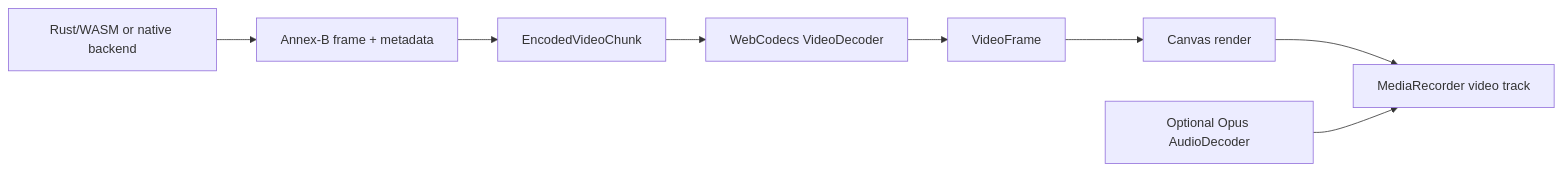
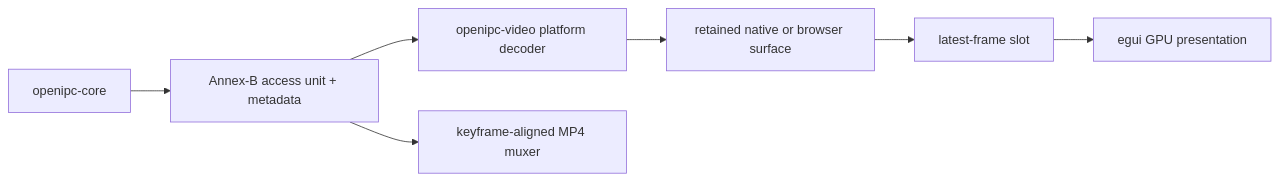
One commit to neelsani/openipc-rs changed the second of 2 diagrams in docs/docs/video-pipeline.md. Above: the diagram before and after it, drawn with Mermaid. The commit also changed other lines of this file and 82 other files, not shown here.

````diff
--- a/docs/docs/video-pipeline.md
+++ b/docs/docs/video-pipeline.md
@@ -121,10 +121,9 @@
 ```mermaid
 flowchart LR
-    Rust["Rust/WASM or native backend"] --> Frame["Annex-B frame + metadata"]
-    Frame --> Chunk["EncodedVideoChunk"]
-    Chunk --> Decoder["WebCodecs VideoDecoder"]
-    Decoder --> Surface["VideoFrame"]
-    Surface --> Canvas["Canvas render"]
-    Canvas --> Record["MediaRecorder video track"]
-    Audio["Optional Opus AudioDecoder"] --> Record
+    Core["openipc-core"] --> Frame["Annex-B access unit + metadata"]
+    Frame --> Decoder["openipc-video platform decoder"]
+    Decoder --> Surface["retained native or browser surface"]
+    Surface --> Latest["latest-frame slot"]
+    Latest --> GPU["egui GPU presentation"]
+    Frame --> Record["keyframe-aligned MP4 muxer"]
 ```
````
